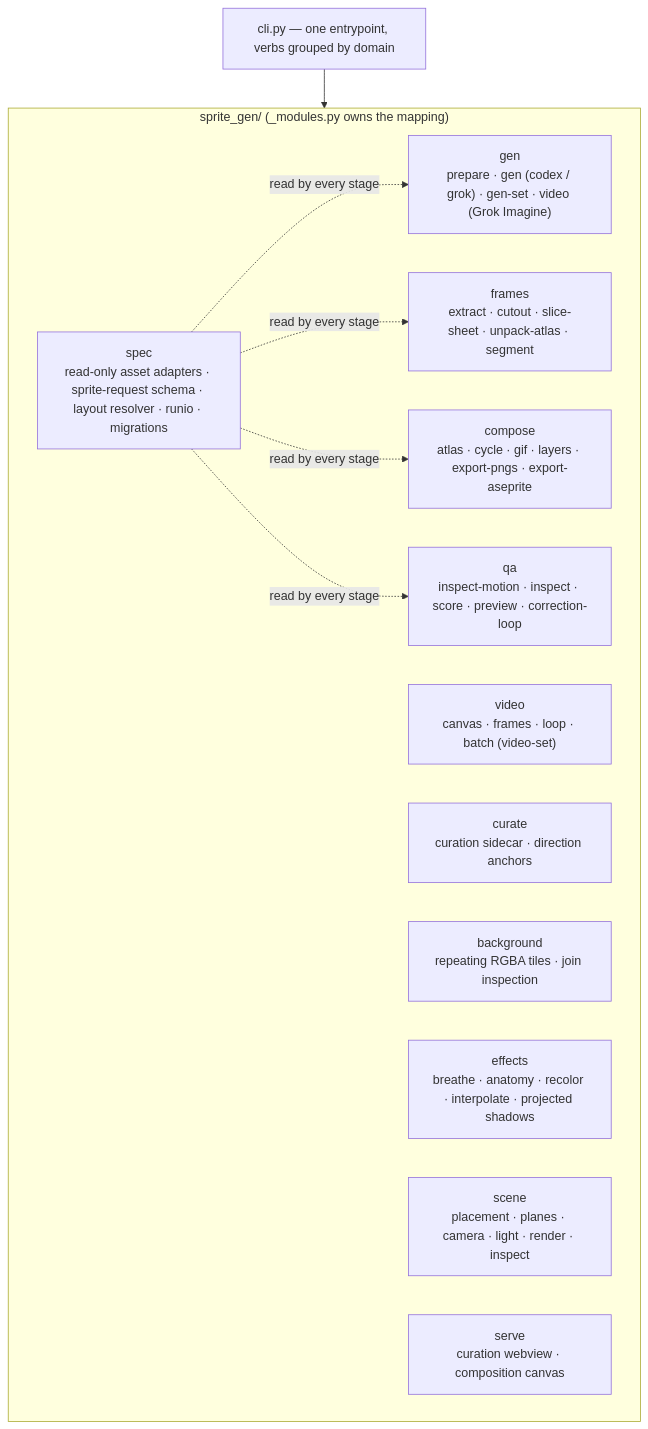
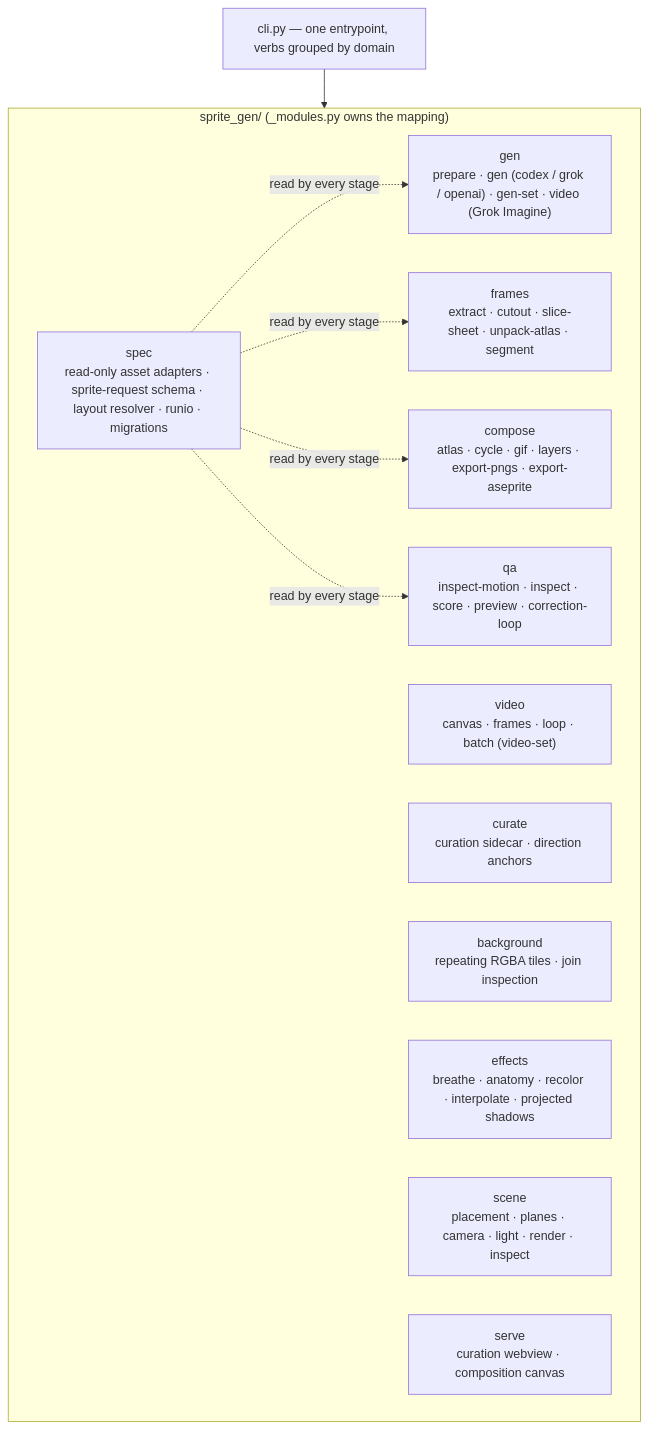
The first of 3 diagrams in mirrors/repos/aldegad@sprite-gen/docs/architecture.md (gabrielmoreira/agent-skills-mirror), drawn with Mermaid before and after one commit. The commit also changed 2798 other files, not shown here.

````diff
--- a/mirrors/repos/aldegad@sprite-gen/docs/architecture.md
+++ b/mirrors/repos/aldegad@sprite-gen/docs/architecture.md
@@ -33,19 +33,19 @@
 ```mermaid
 flowchart TB
     subgraph pkg["sprite_gen/  (_modules.py owns the mapping)"]
         direction LR
         spec["spec<br/>read-only asset adapters · sprite-request schema · layout resolver · runio · migrations"]
-        gen["gen<br/>prepare · gen (codex / grok) · gen-set · video (Grok Imagine)"]
+        gen["gen<br/>prepare · gen (codex / grok / openai) · gen-set · video (Grok Imagine)"]
         video["video<br/>canvas · frames · loop · batch (video-set)"]
         frames["frames<br/>extract · cutout · slice-sheet · unpack-atlas · segment"]
         curate["curate<br/>curation sidecar · direction anchors"]
         compose["compose<br/>atlas · cycle · gif · layers · export-pngs · export-aseprite"]
         background["background<br/>repeating RGBA tiles · join inspection"]
         effects["effects<br/>breathe · anatomy · recolor · interpolate · projected shadows"]
         qa["qa<br/>inspect-motion · inspect · score · preview · correction-loop"]
         scene["scene<br/>placement · planes · camera · light · render · inspect"]
         serve["serve<br/>curation webview · composition canvas"]
     end
     cli["cli.py — one entrypoint, verbs grouped by domain"] --> pkg
     spec -.read by every stage.-> gen & frames & compose & qa
 ```
````
